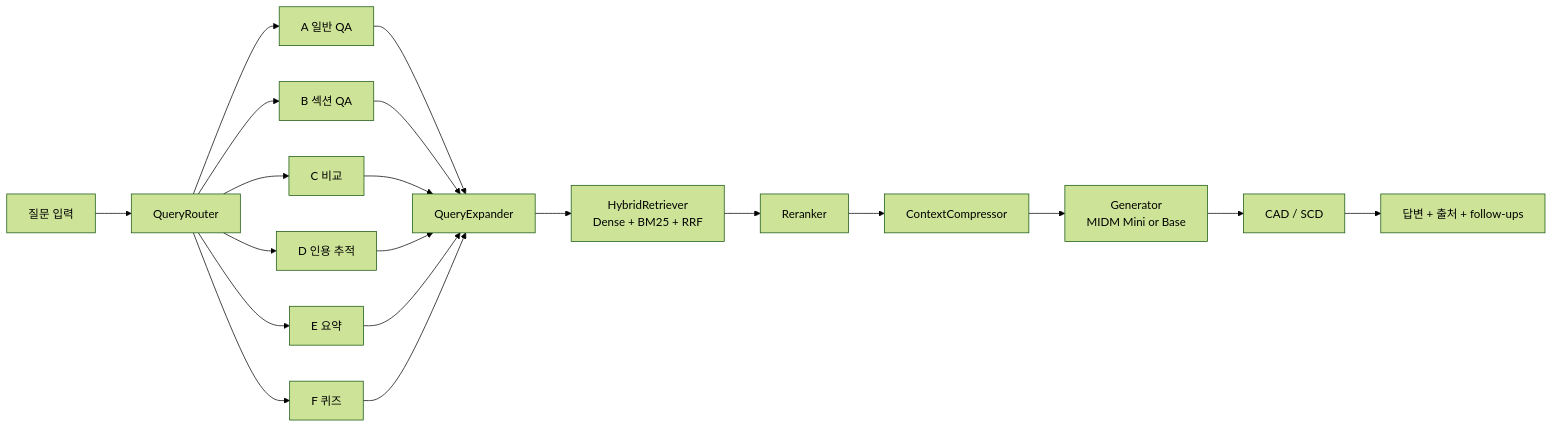
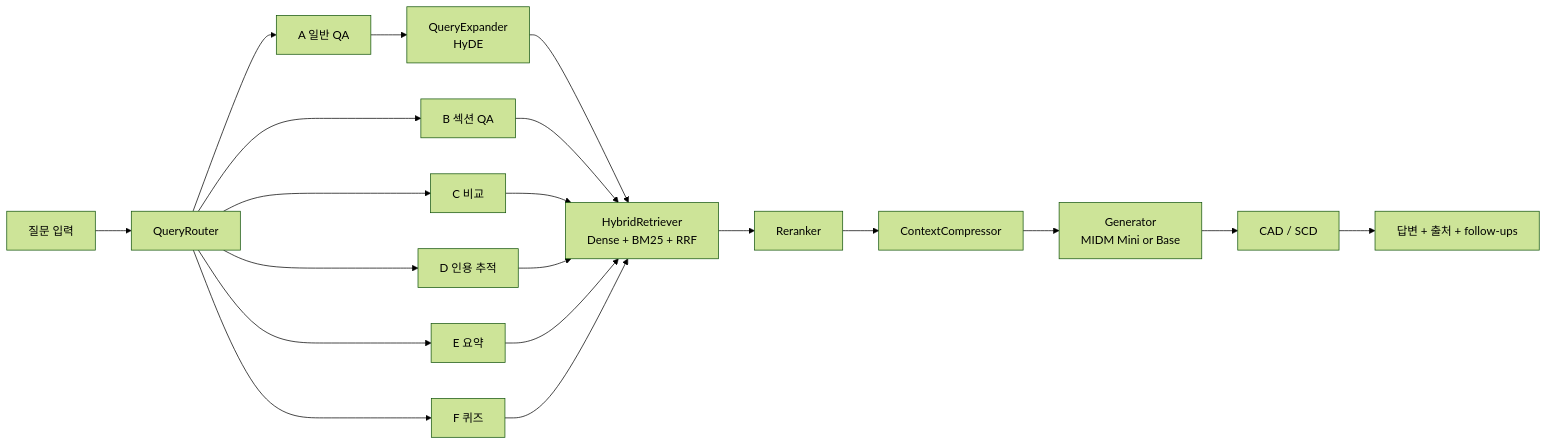
One commit to LxNx-Hn/M_RAG changed the second of 2 diagrams in docs/ARCHITECTURE.md. Above: the diagram before and after it, drawn with Mermaid (forest theme). The commit also changed other lines of this file and 33 other files, not shown here.

````diff
--- a/docs/ARCHITECTURE.md
+++ b/docs/ARCHITECTURE.md
@@ -22,24 +22,23 @@
 ```mermaid
 flowchart LR
     Q["질문 입력"] --> R["QueryRouter"]
     R --> PA["A 일반 QA"]
     R --> PB["B 섹션 QA"]
     R --> PC["C 비교"]
     R --> PD["D 인용 추적"]
     R --> PE["E 요약"]
     R --> PF["F 퀴즈"]
 
-    PA --> X["QueryExpander"]
-    PB --> X
-    PC --> X
-    PD --> X
-    PE --> X
-    PF --> X
-
+    PA --> X["QueryExpander<br/>HyDE"]
     X --> H["HybridRetriever<br/>Dense + BM25 + RRF"]
+    PB --> H
+    PC --> H
+    PD --> H
+    PE --> H
+    PF --> H
     H --> RR["Reranker"]
     RR --> C["ContextCompressor"]
     C --> G["Generator<br/>MIDM Mini or Base"]
     G --> D["CAD / SCD"]
     D --> A["답변 + 출처 + follow-ups"]
 ```
````
